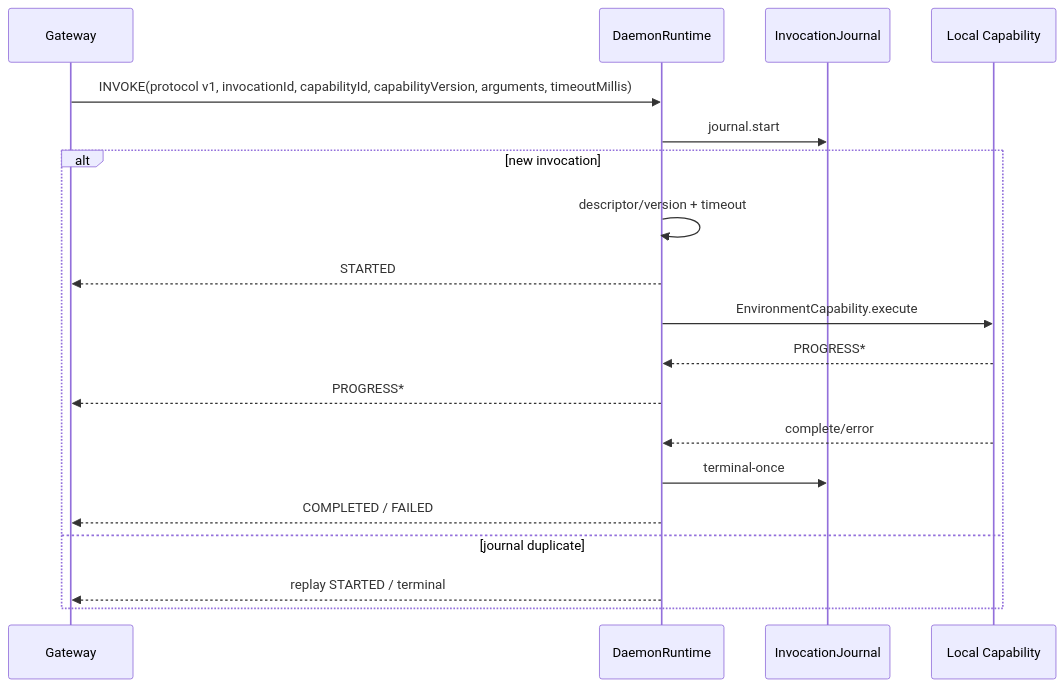
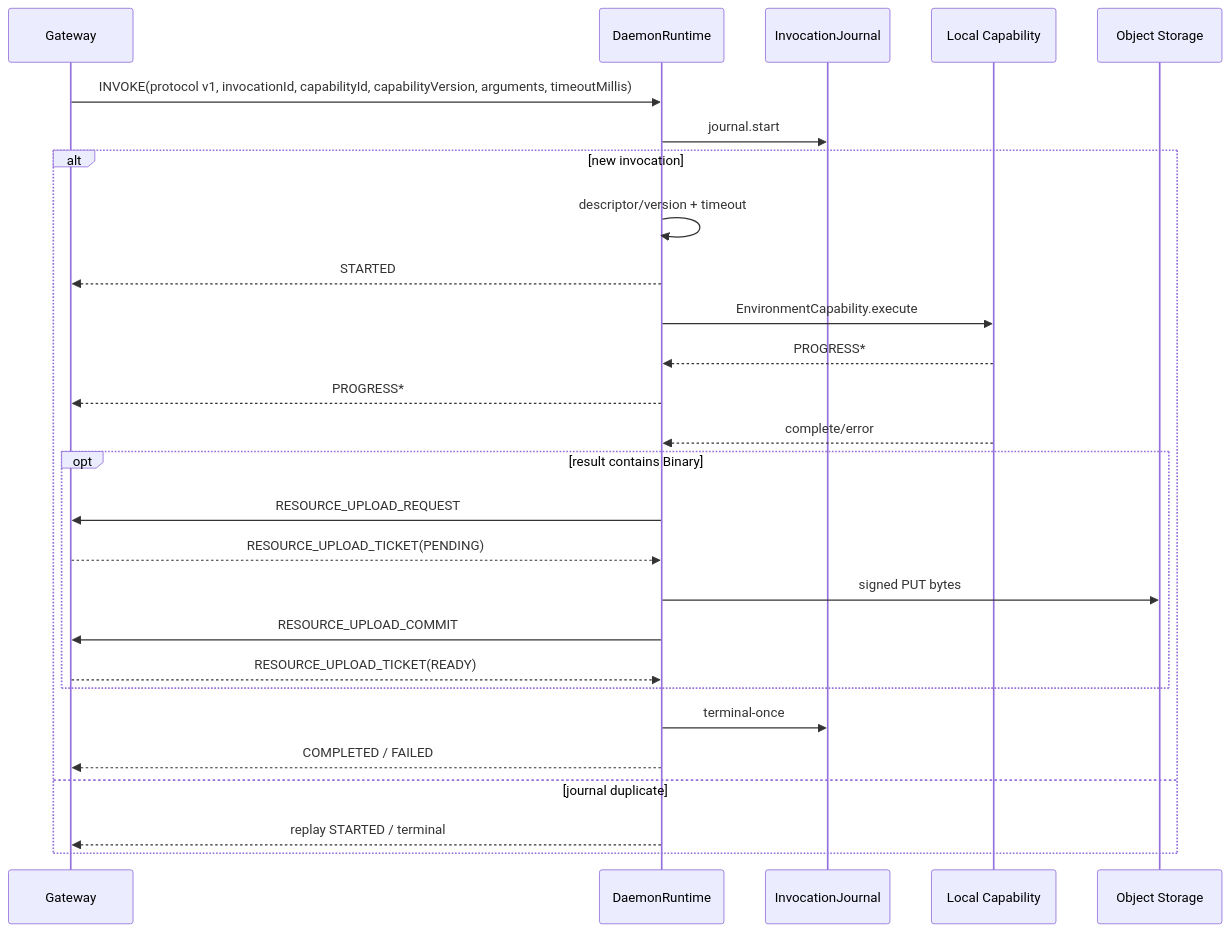
The diagram in docs/modules/harness-daemon.md (fengwk/kk-studio), drawn with Mermaid before and after one commit. The commit also changed other lines of this file and 74 other files, not shown here.

````diff
--- a/docs/modules/harness-daemon.md
+++ b/docs/modules/harness-daemon.md
@@ -207,21 +226,29 @@
 ```mermaid
 sequenceDiagram
   participant G as Gateway
   participant D as DaemonRuntime
   participant J as InvocationJournal
   participant C as Local Capability
+  participant O as Object Storage
   G->>D: INVOKE(protocol v1, invocationId, capabilityId, capabilityVersion, arguments, timeoutMillis)
   D->>J: journal.start
   alt new invocation
     D->>D: descriptor/version + timeout
     D-->>G: STARTED
     D->>C: EnvironmentCapability.execute
     C-->>D: PROGRESS*
     D-->>G: PROGRESS*
     C-->>D: complete/error
+    opt result contains Binary
+      D->>G: RESOURCE_UPLOAD_REQUEST
+      G-->>D: RESOURCE_UPLOAD_TICKET(PENDING)
+      D->>O: signed PUT bytes
+      D->>G: RESOURCE_UPLOAD_COMMIT
+      G-->>D: RESOURCE_UPLOAD_TICKET(READY)
+    end
     D->>J: terminal-once
     D-->>G: COMPLETED / FAILED
   else journal duplicate
     D-->>G: replay STARTED / terminal
   end
 ```
````
